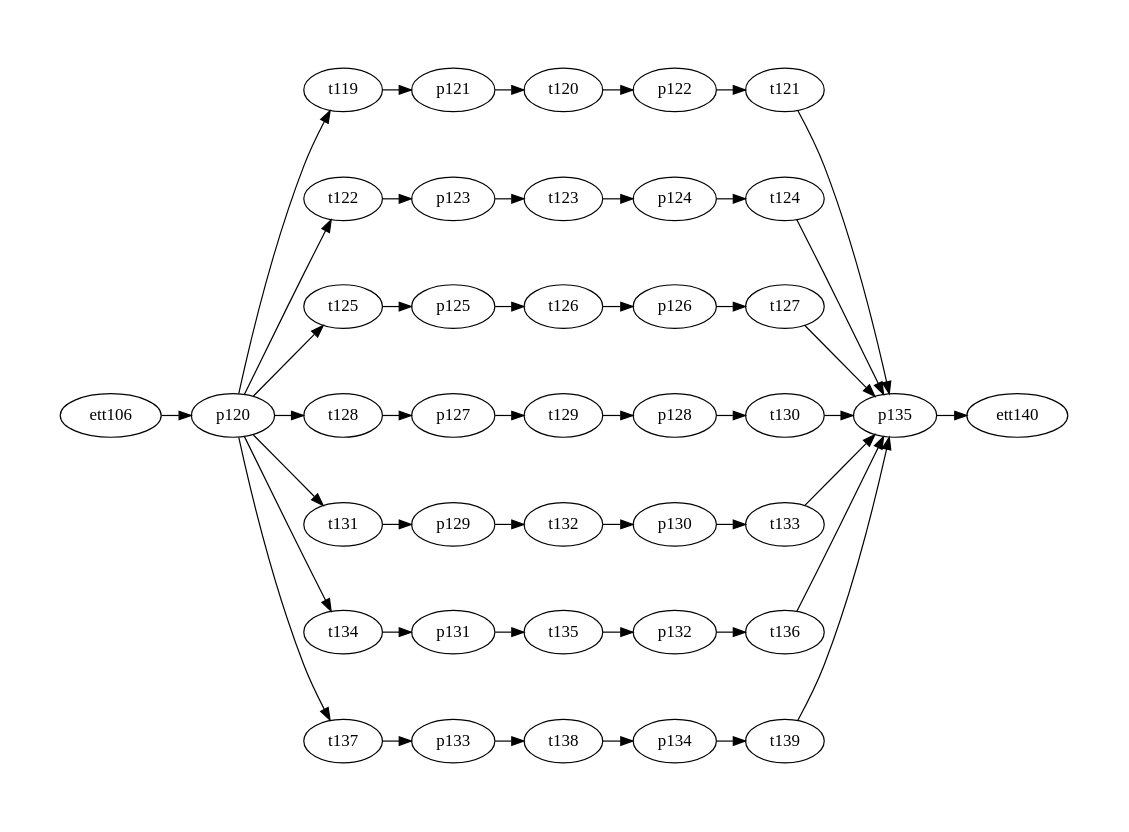
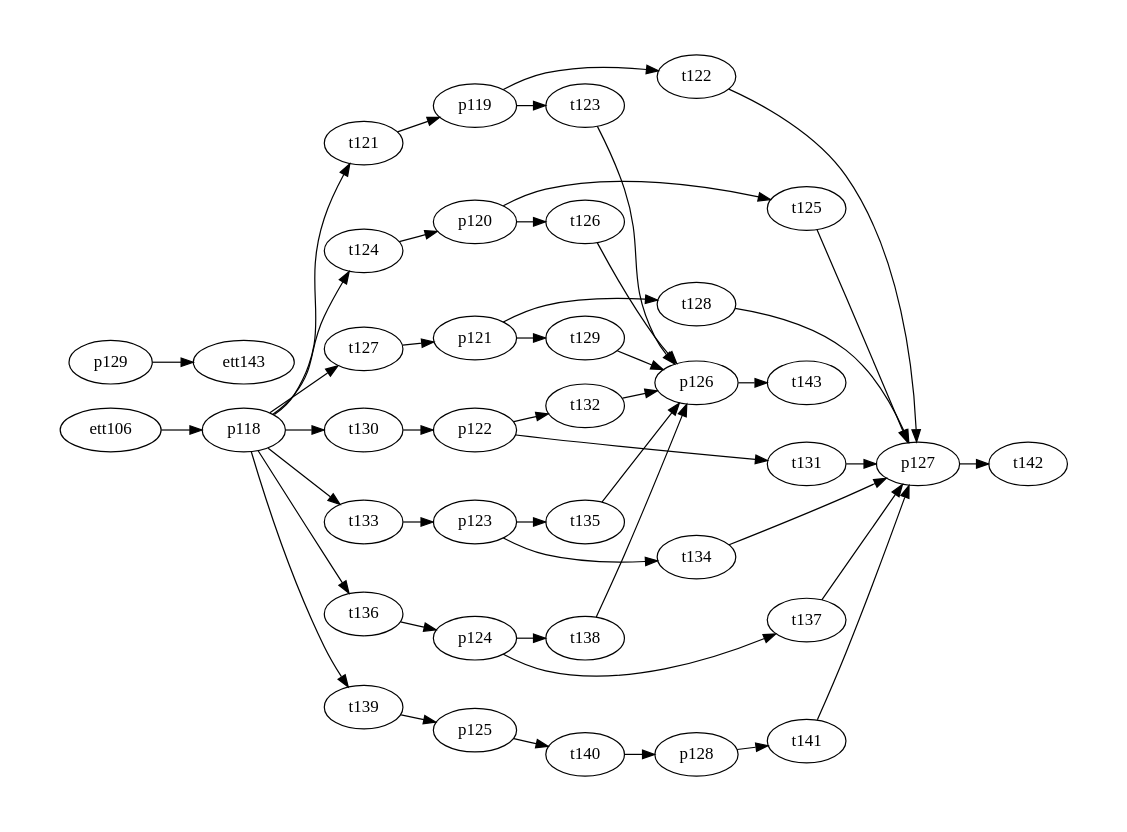
One commit to Accacio/docsTCC changed the diagram in figures/petriNets/dot/8-storageX/storageX.dot. Above: the diagram before and after it, drawn with Graphviz. The commit also changed 3 other files, not shown here.

```diff
--- a/figures/petriNets/dot/8-storageX/storageX.dot
+++ b/figures/petriNets/dot/8-storageX/storageX.dot
@@ -1,117 +1,131 @@
 
 digraph A {
     # splines = ortho
     rankdir=LR;
     ratio=fill
     graph [pad="0.5", nodesep="0.25", ranksep="0.2"];
     margin=0;
     size="11.7,8.3!"
 
 # Módulo armazenador (x)
 
+    p118
+    p119
     p120
     p121
     p122
     p123
     p124
     p125
     p126
     p127
     p128
     p129
-    p130
-    p131
-    p132
-    p133
-    p134
-    p135
 
-
-    t119
-    t120
     t121
     t122
     t123
     t124
     t125
     t126
     t127
     t128
     t129
     t130
     t131
     t132
     t133
     t134
     t135
     t136
     t137
     t138
     t139
+    t140
+    t141
+    t142
 
     
 # subgraph cluster_8 {
 #   label="Storage (x)";
 #   labelloc = b
 #   style="dashed"
   # color="red"
 
   # pre
 
-  p120 -> t119
-  p120 -> t122
+  p118 -> t121
+  p118 -> t124
+  p118 -> t127
+  p118 -> t130
+  p118 -> t133
+  p118 -> t136
+  p118 -> t139
+
+  p119 -> t122
+  p119 -> t123
+
   p120 -> t125
-  p120 -> t128
-  p120 -> t131
-  p120 -> t134
-  p120 -> t137
+  p120 -> t126
 
-  p121 -> t120
-  p122 -> t121
-  p123 -> t123
-  p124 -> t124
-  p125 -> t126
-  p126 -> t127
-  p127 -> t129
-  p128 -> t130
-  p129 -> t132
-  p130 -> t133
-  p131 -> t135
-  p132 -> t136
-  p133 -> t138
-  p134 -> t139
+  p121 -> t128
+  p121 -> t129
+
+  p122 -> t131
+  p122 -> t132
+
+  p123 -> t134
+  p123 -> t135
+
+  p124 -> t137
+  p124 -> t138
+
+  p125 -> t140
+  p126 -> t143
+
+  p127 -> t142
+
+  p128 -> t141
+
 
 
   #pos
 
-  t119 -> p121
-  t120 -> p122
-  t121 -> p135
-  t122 -> p123
-  t123 -> p124
-  t124 -> p135
-  t125 -> p125
+  t121 -> p119
+  t122 -> p127
+  t123 -> p126
+
+  t124 -> p120
+  t125 -> p127
   t126 -> p126
-  t127 -> p135
+
+  t127 -> p121
   t128 -> p127
-  t129 -> p128
-  t130 -> p135
-  t131 -> p129
-  t132 -> p130
-  t133 -> p135
-  t134 -> p131
-  t135 -> p132
-  t136 -> p135
-  t137 -> p133
-  t138 -> p134
-  t139 -> p135
+  t129 -> p126
 
+  t130 -> p122
+  t131 -> p127
+  t132 -> p126
 
+  t133 -> p123
+  t134 -> p127
+  t135 -> p126
 
+  t136 -> p124
+  t137 -> p127
+  t138 -> p126
+
+  t139 -> p125
+  t140 -> p128
+  t141 -> p127
+
+  
+
+  
 # }
 ett106
-ett106 -> p120
+ett106 -> p118
 
-ett140
-p135 ->  ett140
+ett143
+p129 ->  ett143
 }
```
